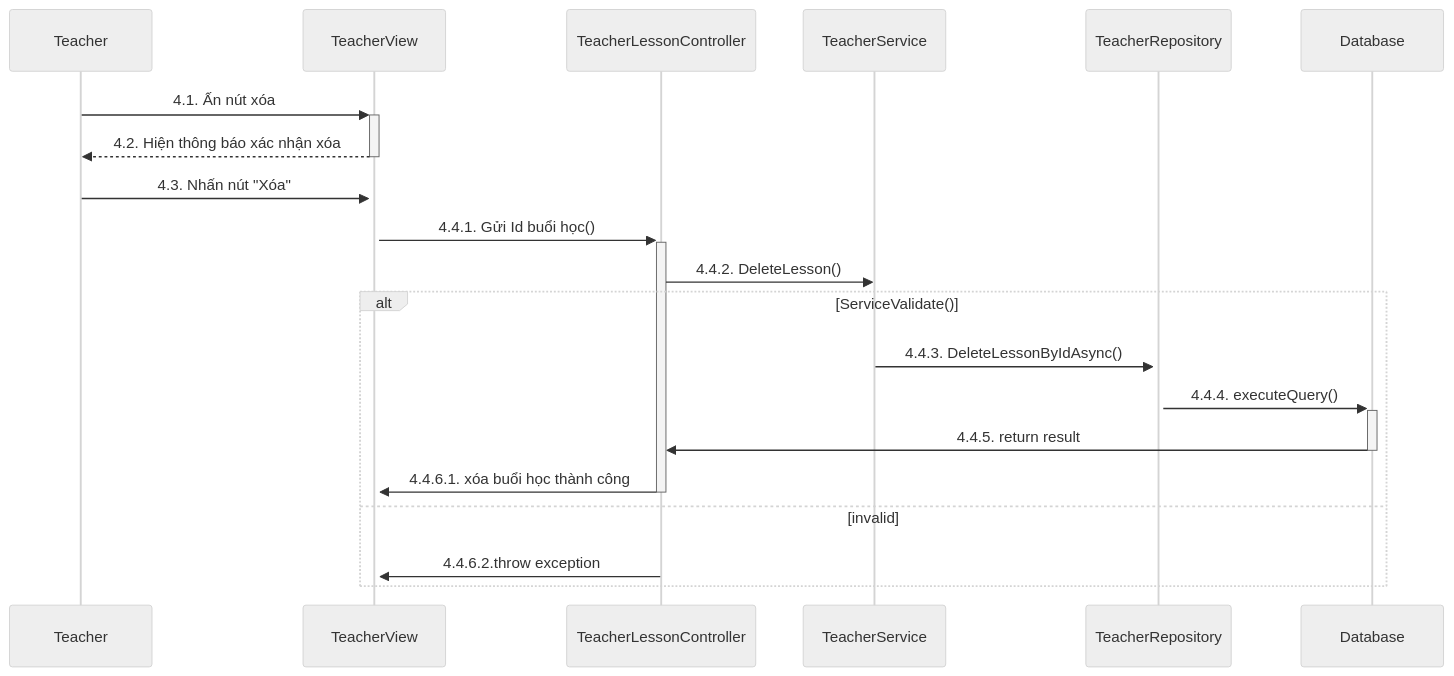
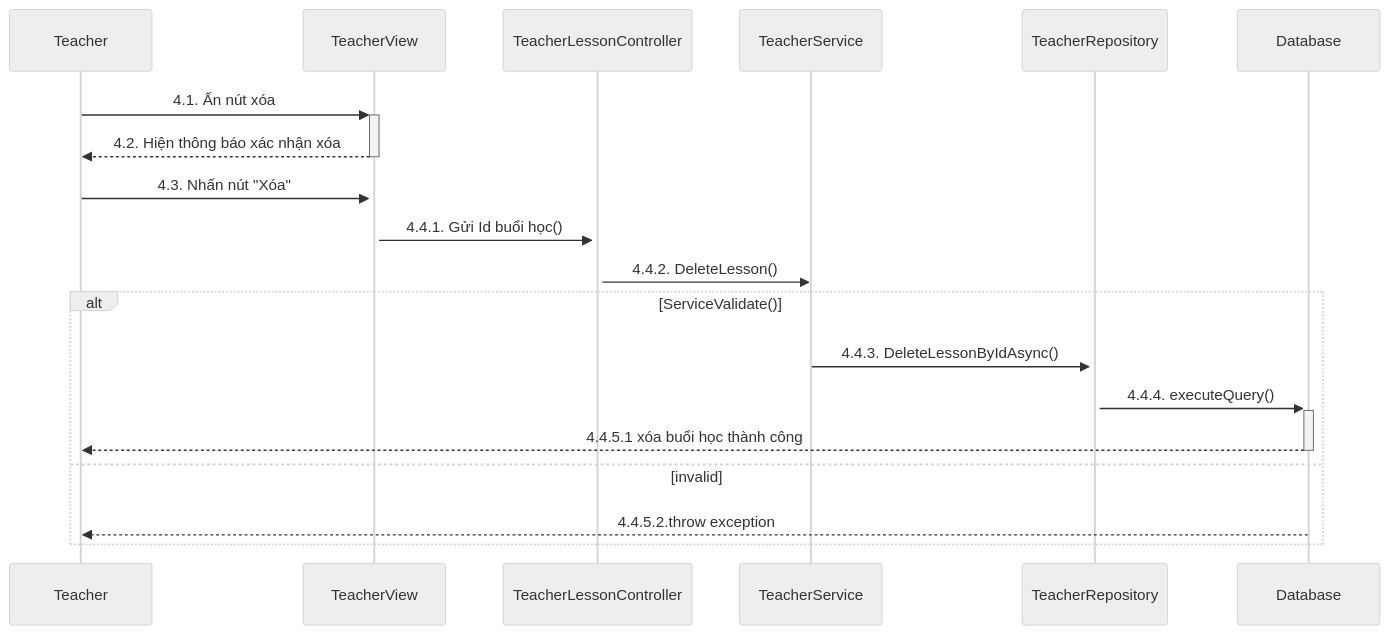
The diagram in sequence/teacher/Sequence-1-4.GiangVienXoaBuoiHoc.mmd (LienNTB/sequence-CNPM), drawn with Mermaid (neutral theme) before and after one commit. The commit also changed other lines of this file and 9 other files, not shown here.

````diff
--- a/sequence/teacher/Sequence-1-4.GiangVienXoaBuoiHoc.mmd
+++ b/sequence/teacher/Sequence-1-4.GiangVienXoaBuoiHoc.mmd
@@ -1,24 +1,22 @@
-```mermaid
+
 sequenceDiagram
     participant Teacher
     participant TeacherView
     participant TeacherLessonController
     participant TeacherService
     participant TeacherRepository
     participant Database
 
     Teacher->>+TeacherView: 4.1. Ấn nút xóa
     TeacherView-->>-Teacher: 4.2. Hiện thông báo xác nhận xóa
     Teacher->>+TeacherView: 4.3. Nhấn nút "Xóa"
     TeacherView->>+TeacherLessonController: 4.4.1. Gửi Id buổi học()
     TeacherLessonController->>TeacherService: 4.4.2. DeleteLesson()
     alt ServiceValidate()
         TeacherService->>+TeacherRepository: 4.4.3. DeleteLessonByIdAsync()
         TeacherRepository->>+Database: 4.4.4. executeQuery()
 
-        Database->>-TeacherLessonController: 4.4.5. return result
-        TeacherLessonController->>-TeacherView: 4.4.6.1. xóa buổi học thành công
+        Database-->>-Teacher: 4.4.5.1 xóa buổi học thành công
     else invalid
-        TeacherLessonController->>TeacherView: 4.4.6.2.throw exception
+        Database-->>Teacher: 4.4.5.2.throw exception
     end
-```
````
